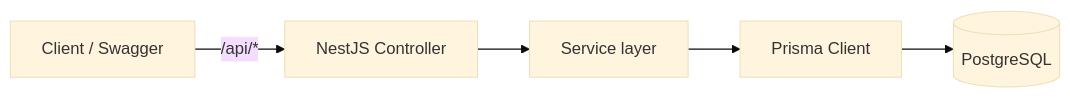
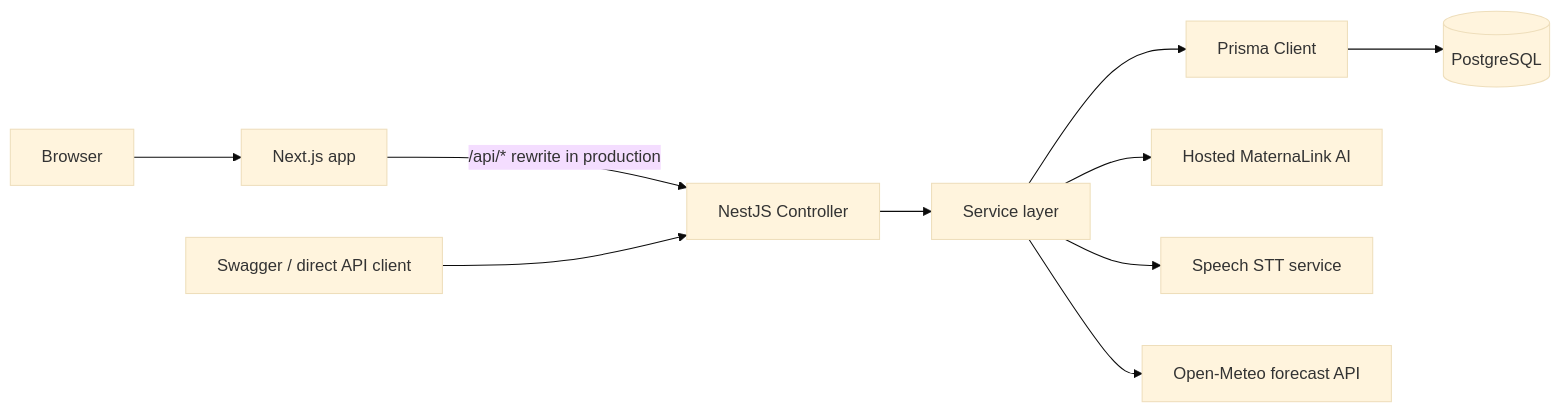
Before and after one commit to ravenhouver/MaternaLink: the second of 4 diagrams in README.md, drawn with Mermaid (base theme). The commit also changed other lines of this file and 1 other file, not shown here.

````diff
--- a/README.md
+++ b/README.md
@@ -323,7 +425,12 @@
 ```mermaid
 flowchart LR
-  A["Client / Swagger"] -->|"/api/*"| B["NestJS Controller"]
-  B --> C["Service layer"]
-  C --> D["Prisma Client"]
-  D --> E[("PostgreSQL")]
+  A["Browser"] --> B["Next.js app"]
+  B -->|"/api/* rewrite in production"| C["NestJS Controller"]
+  D["Swagger / direct API client"] --> C
+  C --> E["Service layer"]
+  E --> F["Prisma Client"]
+  F --> G[("PostgreSQL")]
+  E --> H["Hosted MaternaLink AI"]
+  E --> I["Speech STT service"]
+  E --> J["Open-Meteo forecast API"]
 ```
````
